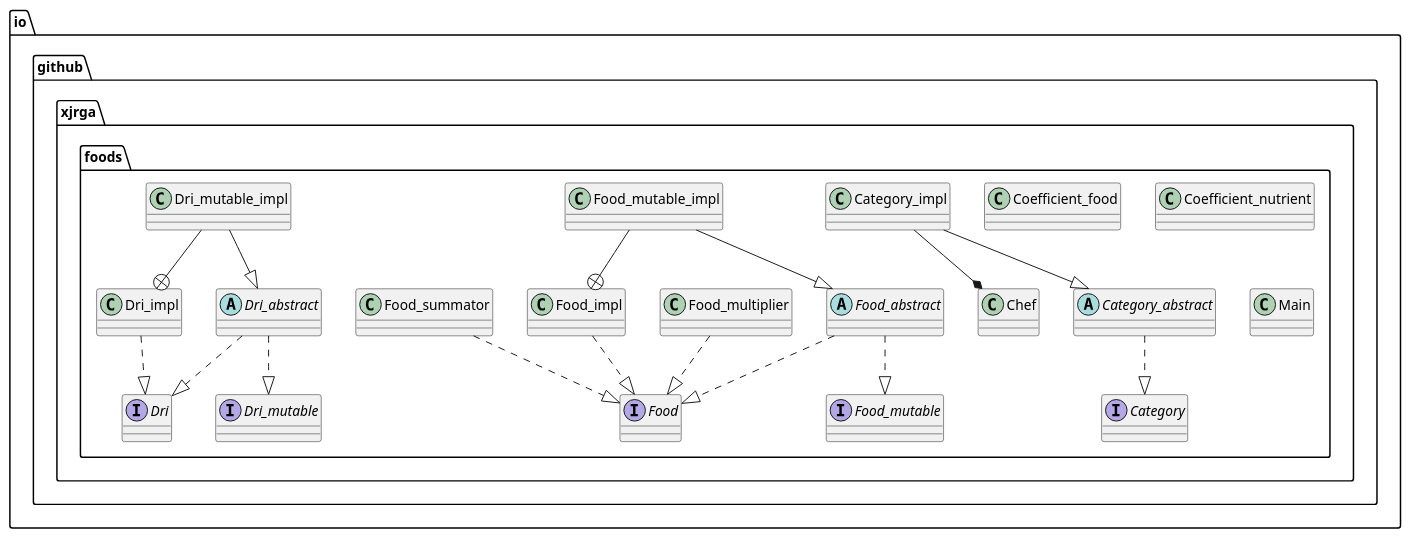
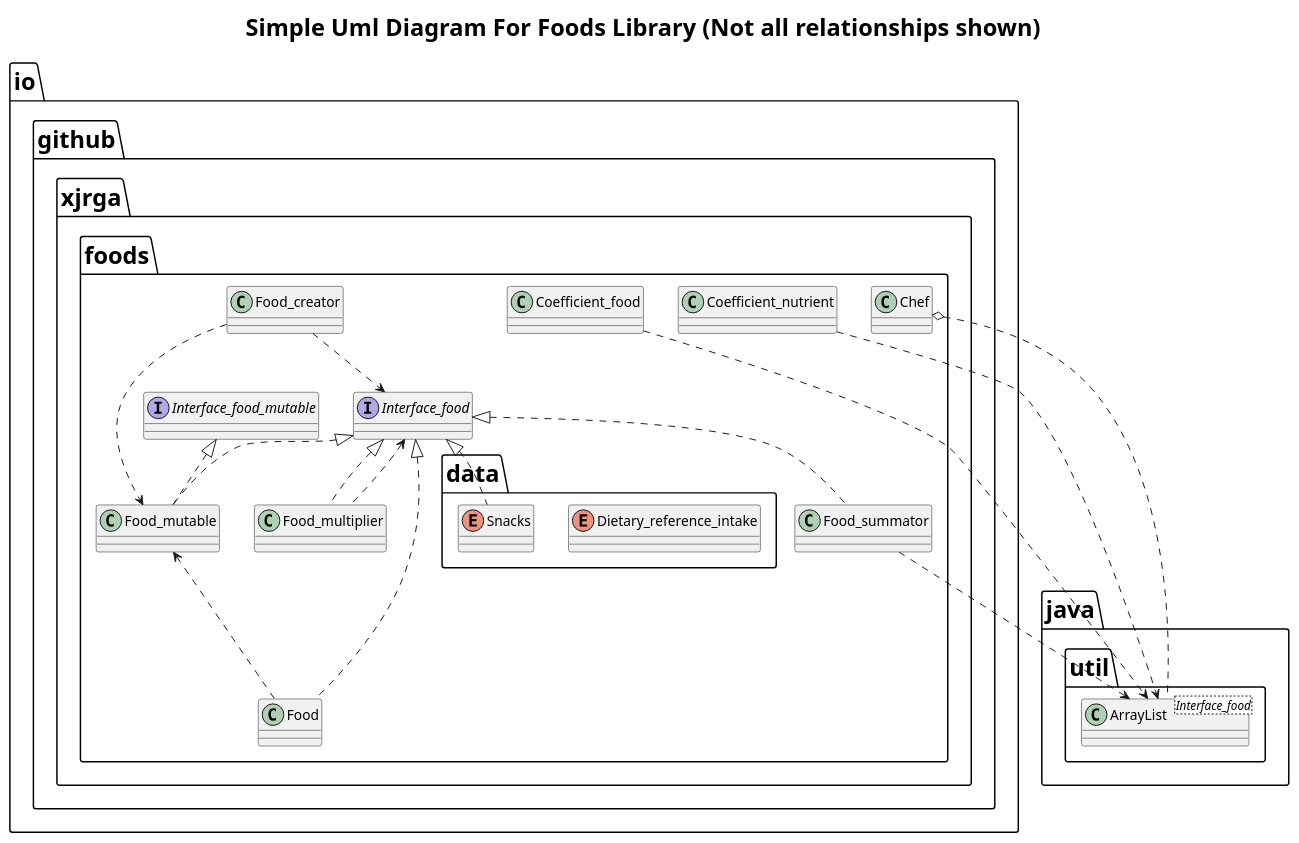
Before and after one commit to xjrga/foods: the diagram in uml.puml, drawn with PlantUML. The commit also changed other lines of this file and 691 other files, not shown here.

```diff
--- a/uml.puml
+++ b/uml.puml
@@ -1,39 +1,81 @@
 @startuml
-interface io.github.xjrga.foods.Category
-interface io.github.xjrga.foods.Dri
-interface io.github.xjrga.foods.Dri_mutable
-interface io.github.xjrga.foods.Food
-interface io.github.xjrga.foods.Food_mutable
-abstract class io.github.xjrga.foods.Food_abstract
-abstract class io.github.xjrga.foods.Category_abstract
-abstract class io.github.xjrga.foods.Dri_abstract
-class io.github.xjrga.foods.Category_impl
-class io.github.xjrga.foods.Chef
-class io.github.xjrga.foods.Coefficient_food
-class io.github.xjrga.foods.Coefficient_nutrient
-class io.github.xjrga.foods.Dri_impl
-class io.github.xjrga.foods.Food_impl
-class io.github.xjrga.foods.Food_multiplier
-class io.github.xjrga.foods.Food_mutable_impl
-class io.github.xjrga.foods.Food_summator
-class io.github.xjrga.foods.Main
-io.github.xjrga.foods.Food_abstract ..|> io.github.xjrga.foods.Food
-io.github.xjrga.foods.Food_impl ..|> io.github.xjrga.foods.Food
-io.github.xjrga.foods.Food_multiplier ..|> io.github.xjrga.foods.Food
-io.github.xjrga.foods.Food_summator ..|> io.github.xjrga.foods.Food
-io.github.xjrga.foods.Food_abstract ..|> io.github.xjrga.foods.Food_mutable
-io.github.xjrga.foods.Dri_abstract ..|> io.github.xjrga.foods.Dri
-io.github.xjrga.foods.Dri_impl ..|> io.github.xjrga.foods.Dri
-io.github.xjrga.foods.Dri_abstract ..|> io.github.xjrga.foods.Dri_mutable
-io.github.xjrga.foods.Category_abstract ..|> io.github.xjrga.foods.Category
-io.github.xjrga.foods.Category_impl --|> io.github.xjrga.foods.Category_abstract
-io.github.xjrga.foods.Food_mutable_impl --|> io.github.xjrga.foods.Food_abstract
- io.github.xjrga.foods.Dri_mutable_impl --+ io.github.xjrga.foods.Dri_impl
- io.github.xjrga.foods.Food_mutable_impl --+ io.github.xjrga.foods.Food_impl
-io.github.xjrga.foods.Dri_mutable_impl --|> io.github.xjrga.foods.Dri_abstract
-io.github.xjrga.foods.Category_impl --* io.github.xjrga.foods.Chef
-/'
-class ArrayList implements List
-class ArrayList extends AbstractList
-'/
+title Simple Uml Diagram For Foods Library (Not all relationships shown)
+<style>
+title {
+  HorizontalAlignment center
+  FontSize 24
+}
+</style>
+class java.util.ArrayList<Interface_food>
+class io.github.xjrga.foods.Food_creator
+'enum io.github.xjrga.foods.data.Atwater
+enum io.github.xjrga.foods.data.Dietary_reference_intake
+interface io.github.xjrga.foods.Interface_food
+interface io.github.xjrga.foods.Interface_food_mutable
+'enum io.github.xjrga.foods.data..data.American_indian_alaska_native_foods
+'enum io.github.xjrga.foods.data..data.Baby_foods
+'enum io.github.xjrga.foods.data..data.Baked_products
+'enum io.github.xjrga.food.data.Beef_products
+'enum io.github.xjrga.foods.data..data.Beverages
+'enum io.github.xjrga.food.data.Breakfast_cereals
+'enum io.github.xjrga.foods.data..data.Cereal_grains_and_pasta
+'enum io.github.xjrga.food.data.Dairy_and_egg_products
+'enum io.github.xjrga.foods.data..data.Fast_foods
+'enum io.github.xjrga.foods.data..data.Fats_and_oils
+'enum io.github.xjrga.food.data.Finfish_and_shellfish_products
+'enum io.github.xjrga.foods.data..data.Fruits_and_fruit_juices
+'enum io.github.xjrga.food.data.Glycemic_index_test_set
+'enum io.github.xjrga.foods.data..data.Legumes_and_legume_products
+'enum io.github.xjrga.food.data.Nut_and_seed_products
+'enum io.github.xjrga.foods.data..data.Omega3
+'enum io.github.xjrga.food.data.Pork_products
+'enum io.github.xjrga.foods.data..data.Poultry_products
+'enum io.github.xjrga.food.data.Protein_powders
+'enum io.github.xjrga.foods.data..data.Sausages_and_luncheon_meats
+'enum io.github.xjrga.food.data.Snacks
+'enum io.github.xjrga.foods.data..data.Spices_and_herbs
+'enum io.github.xjrga.food.data.Supplements
+'enum io.github.xjrga.foods.data..data.Sweets
+'enum io.github.xjrga.food.data.Vegetables_and_vegetable_products
+'enum io.github.xjrga.foods.data..data.Atwater
+class io.github.xjrga.foods.Food implements io.github.xjrga.foods.Interface_food
+class io.github.xjrga.foods.Food_multiplier implements io.github.xjrga.foods.Interface_food
+class io.github.xjrga.foods.Food_mutable implements io.github.xjrga.foods.Interface_food
+class io.github.xjrga.foods.Food_mutable implements io.github.xjrga.foods.Interface_food_mutable
+class io.github.xjrga.foods.Food_summator implements io.github.xjrga.foods.Interface_food
+io.github.xjrga.foods.Food_mutable <.. io.github.xjrga.foods.Food
+io.github.xjrga.foods.Interface_food <.. io.github.xjrga.foods.Food_multiplier
+enum io.github.xjrga.foods.data.Snacks implements io.github.xjrga.foods.Interface_food
+io.github.xjrga.foods.Food_summator ..> java.util.ArrayList 
+io.github.xjrga.foods.Coefficient_food ..> java.util.ArrayList 
+io.github.xjrga.foods.Coefficient_nutrient ..> java.util.ArrayList
+io.github.xjrga.foods.Chef o.. java.util.ArrayList
+io.github.xjrga.foods.Food_creator ..> io.github.xjrga.foods.Food_mutable
+io.github.xjrga.foods.Food_creator ..> io.github.xjrga.foods.Interface_food
+'io.github.xjrga.foods.Food_creator --o io.github.xjrga.foods.Chef
+'enum io.github.xjrga.foods.data.American_indian_alaska_native_foods --|> io.github.xjrga.foods.Interface_food
+'enum io.github.xjrga.foods.data.Baby_foods --|> io.github.xjrga.foods.Interface_food
+'enum io.github.xjrga.foods.data.Baked_products --|> io.github.xjrga.foods.Interface_food
+'enum io.github.xjrga.foods.data.Beef_products --|> io.github.xjrga.foods.Interface_food
+'enum io.github.xjrga.foods.data.Beverages --|> io.github.xjrga.foods.Interface_food
+'enum io.github.xjrga.foods.data.Breakfast_cereals --|> io.github.xjrga.foods.Interface_food
+'enum io.github.xjrga.foods.data.Cereal_grains_and_pasta --|> io.github.xjrga.foods.Interface_food
+'enum io.github.xjrga.foods.data.Dairy_and_egg_products implements io.github.xjrga.foods.Interface_food
+'enum io.github.xjrga.foods.data.Fast_foods --|> io.github.xjrga.foods.Interface_food
+'enum io.github.xjrga.foods.data.Fats_and_oils --|> io.github.xjrga.foods.Interface_food
+'enum io.github.xjrga.foods.data.Finfish_and_shellfish_products --|> io.github.xjrga.foods.Interface_food
+'enum io.github.xjrga.foods.data.Fruits_and_fruit_juices --|> io.github.xjrga.foods.Interface_food
+'enum io.github.xjrga.foods.data.Glycemic_index_test_set --|> io.github.xjrga.foods.Interface_food
+'enum io.github.xjrga.foods.data.Legumes_and_legume_products --|> io.github.xjrga.foods.Interface_food
+'enum io.github.xjrga.foods.data.Nut_and_seed_products --|> io.github.xjrga.foods.Interface_food
+'enum io.github.xjrga.foods.data.Omega3 --|> io.github.xjrga.foods.Interface_food
+'enum io.github.xjrga.foods.data.Pork_products --|> io.github.xjrga.foods.Interface_food
+'enum io.github.xjrga.foods.data.Poultry_products --|> io.github.xjrga.foods.Interface_food
+'enum io.github.xjrga.foods.data.Protein_powders --|> io.github.xjrga.foods.Interface_food
+'enum io.github.xjrga.foods.data.Sausages_and_luncheon_meats --|> io.github.xjrga.foods.Interface_food
+'enum io.github.xjrga.foods.data.Snacks --|> io.github.xjrga.foods.Interface_food
+'enum io.github.xjrga.foods.data.Spices_and_herbs --|> io.github.xjrga.foods.Interface_food
+'enum io.github.xjrga.foods.data.Supplements --|> io.github.xjrga.foods.Interface_food
+'enum io.github.xjrga.foods.data.Sweets --|> io.github.xjrga.foods.Interface_food
+'enum io.github.xjrga.foods.data.Vegetables_and_vegetable_products --|> io.github.xjrga.foods.Interface_food
 @enduml
```
